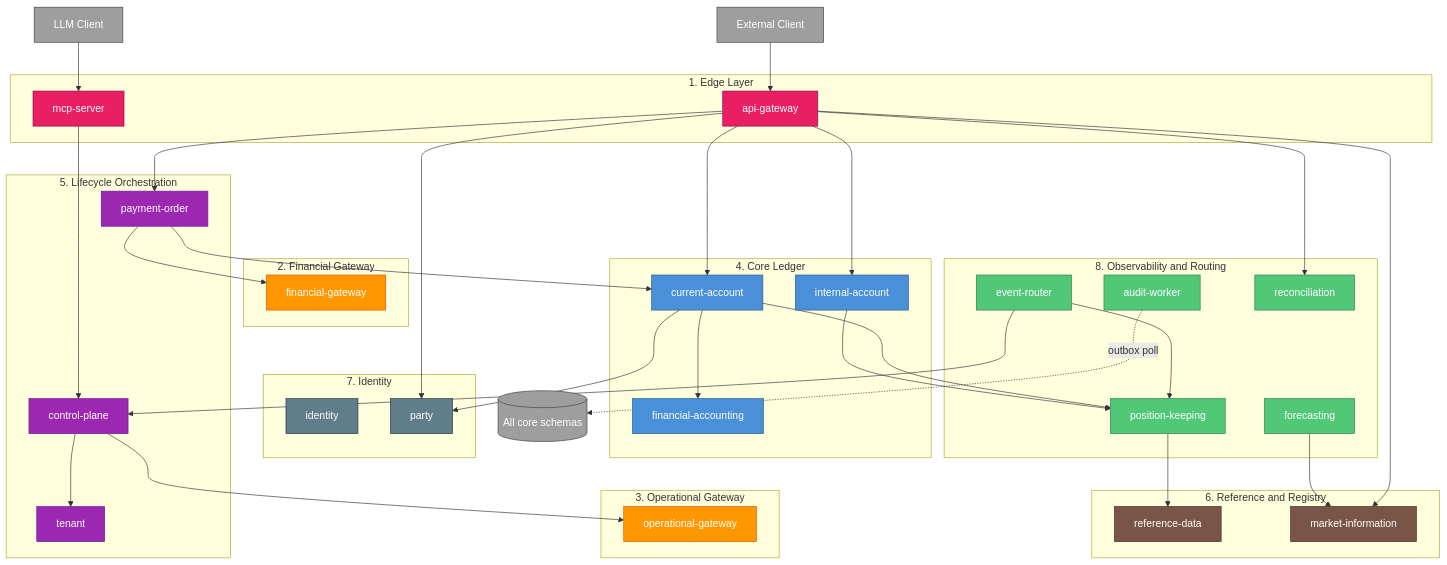
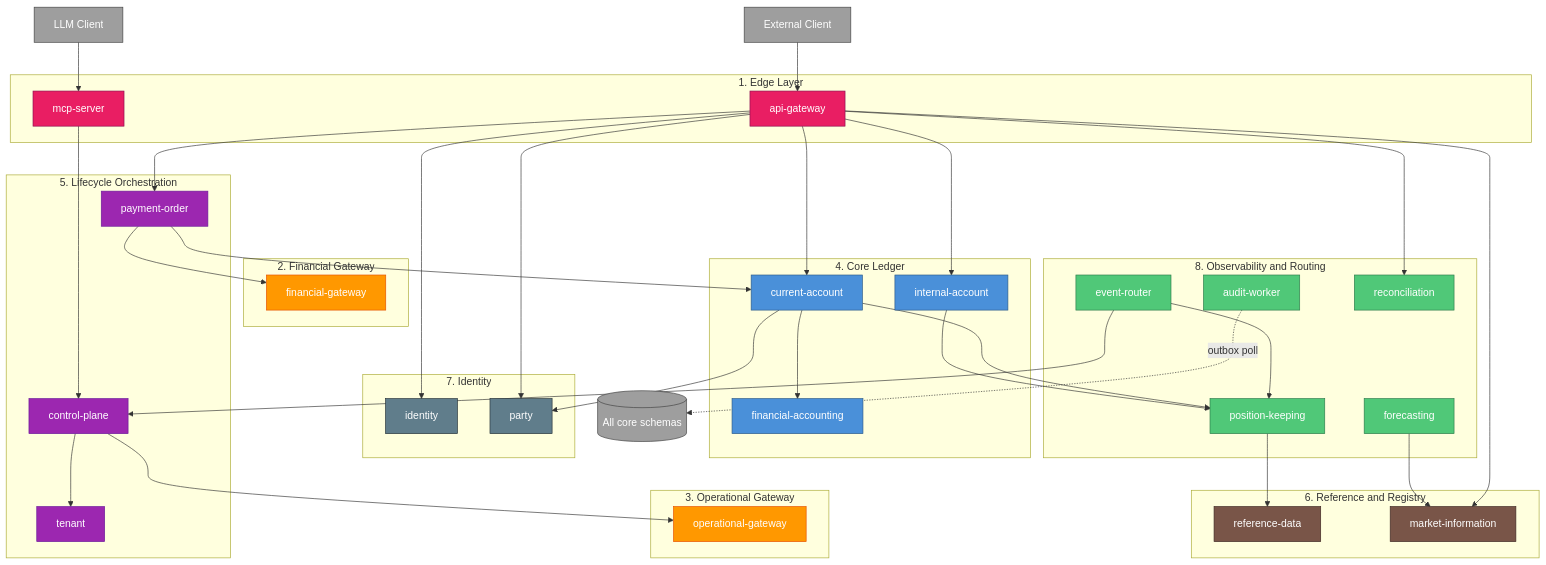
Before and after one commit to meridianhub/meridian: the diagram in docs/architecture-layers.md, drawn with Mermaid.

Commit message:
docs: Connect identity (IDP) to api-gateway in layer map
The doc states api-gateway depends on identity for token introspection
and JWKS, but the Mermaid graph left IDP disconnected. Add the edge.

```diff
--- a/docs/architecture-layers.md
+++ b/docs/architecture-layers.md
@@ -75,6 +75,7 @@
     APIGW --> CA
     APIGW --> IBA
     APIGW --> PO
+    APIGW --> IDP
     APIGW --> PARTY
     APIGW --> MI
     APIGW --> REC
```
